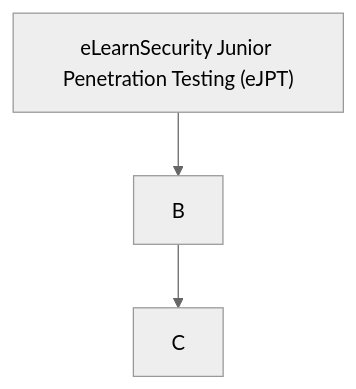
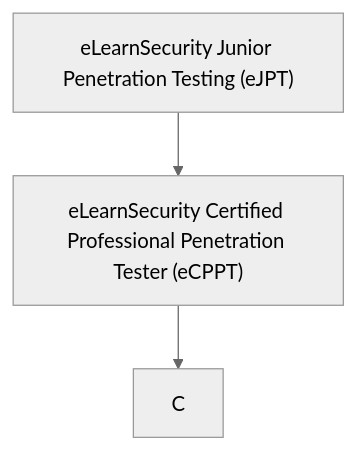
Before and after one commit to Greg-T8/eJPT: the diagram in README.md, drawn with Mermaid (neutral theme).

Commit message:
Updated BHP README

````diff
--- a/README.md
+++ b/README.md
@@ -13,5 +13,5 @@
 ```mermaid
   flowchart TD
     A["eLearnSecurity Junior Penetration Testing (eJPT)"] --> B
-    B --> C
+    B["eLearnSecurity Certified Professional Penetration Tester (eCPPT)"] --> C
 ```
````
